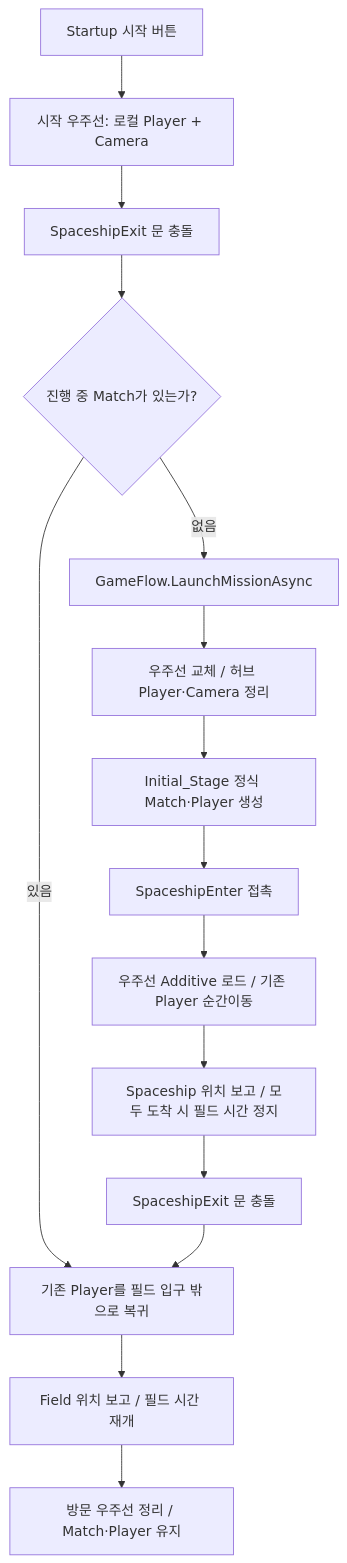
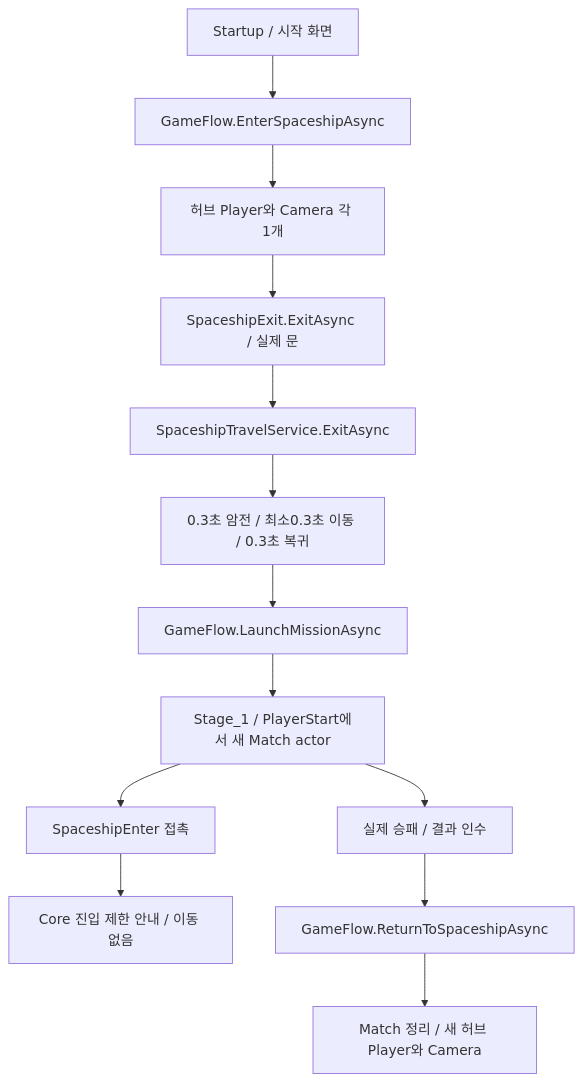
One commit to Team-HJD-21/unity-6-the-developer changed the diagram in Docs/02_architecture/03_scene-flow/spaceship-travel-api.md. Above: the diagram before and after it, drawn with Mermaid. The commit also changed other lines of this file and 6 other files, not shown here.

Commit message:
refactor(flow): remove temporary spaceship visits and keep explicit mission travel

````diff
--- a/Docs/02_architecture/03_scene-flow/spaceship-travel-api.md
+++ b/Docs/02_architecture/03_scene-flow/spaceship-travel-api.md
@@ -7,17 +5,15 @@
 ```mermaid
 flowchart TD
-    Start[Startup 시작 버튼] --> Hub[시작 우주선: 로컬 Player + Camera]
-    Hub --> Door[SpaceshipExit 문 충돌]
-    Door --> First{진행 중 Match가 있는가?}
-    First -->|없음| Launch[GameFlow.LaunchMissionAsync]
-    Launch --> Replace[우주선 교체 / 허브 Player·Camera 정리]
-    Replace --> Field[Initial_Stage 정식 Match·Player 생성]
-    Field --> Enter[SpaceshipEnter 접촉]
-    Enter --> Visit[우주선 Additive 로드 / 기존 Player 순간이동]
-    Visit --> Report[Spaceship 위치 보고 / 모두 도착 시 필드 시간 정지]
-    Report --> Return[SpaceshipExit 문 충돌]
-    First -->|있음| Back[기존 Player를 필드 입구 밖으로 복귀]
-    Return --> Back
-    Back --> Resume[Field 위치 보고 / 필드 시간 재개]
-    Resume --> Cleanup[방문 우주선 정리 / Match·Player 유지]
+  A[Startup / 시작 화면] --> B[GameFlow.EnterSpaceshipAsync]
+  B --> C[허브 Player와 Camera 각 1개]
+  C --> D[SpaceshipExit.ExitAsync / 실제 문]
+  D --> E[SpaceshipTravelService.ExitAsync]
+  E --> F[0.3초 암전 / 최소0.3초 이동 / 0.3초 복귀]
+  F --> G[GameFlow.LaunchMissionAsync]
+  G --> H[Stage_1 / PlayerStart에서 새 Match actor]
+  H --> I[SpaceshipEnter 접촉]
+  I --> J[Core 진입 제한 안내 / 이동 없음]
+  H --> K[실제 승패 / 결과 인수]
+  K --> L[GameFlow.ReturnToSpaceshipAsync]
+  L --> M[Match 정리 / 새 허브 Player와 Camera]
 ```
````
